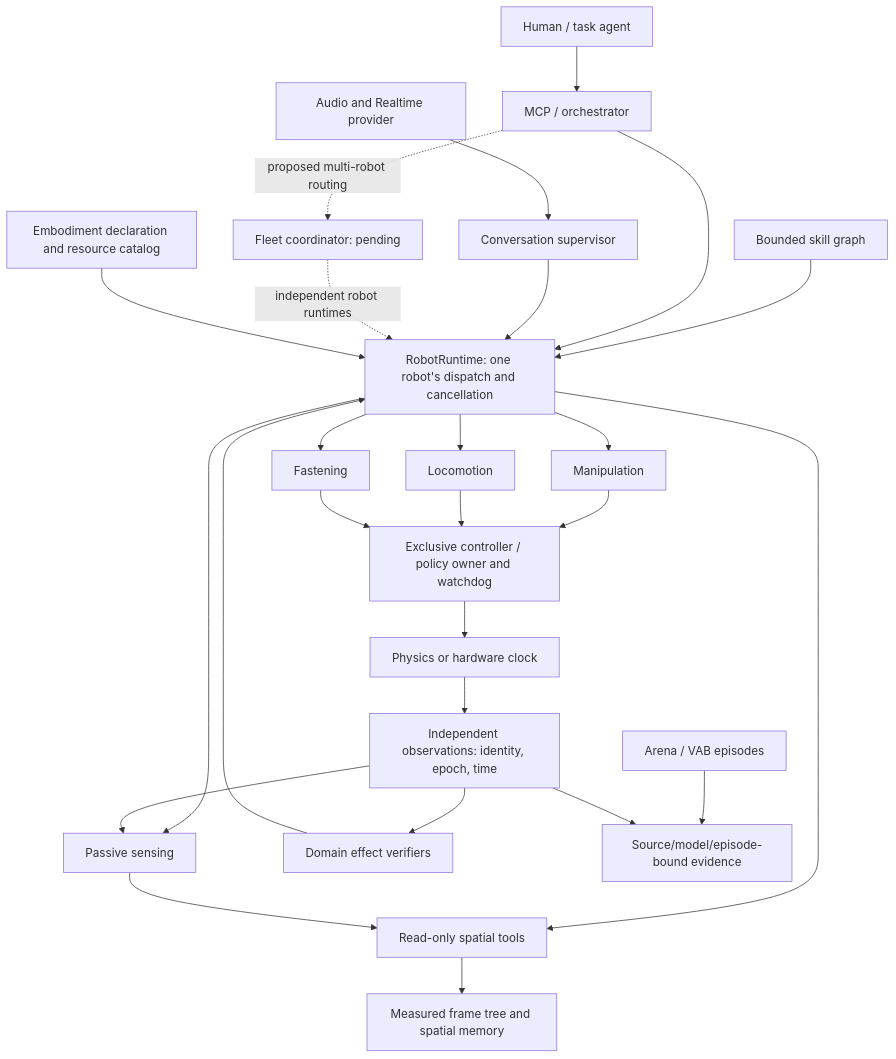
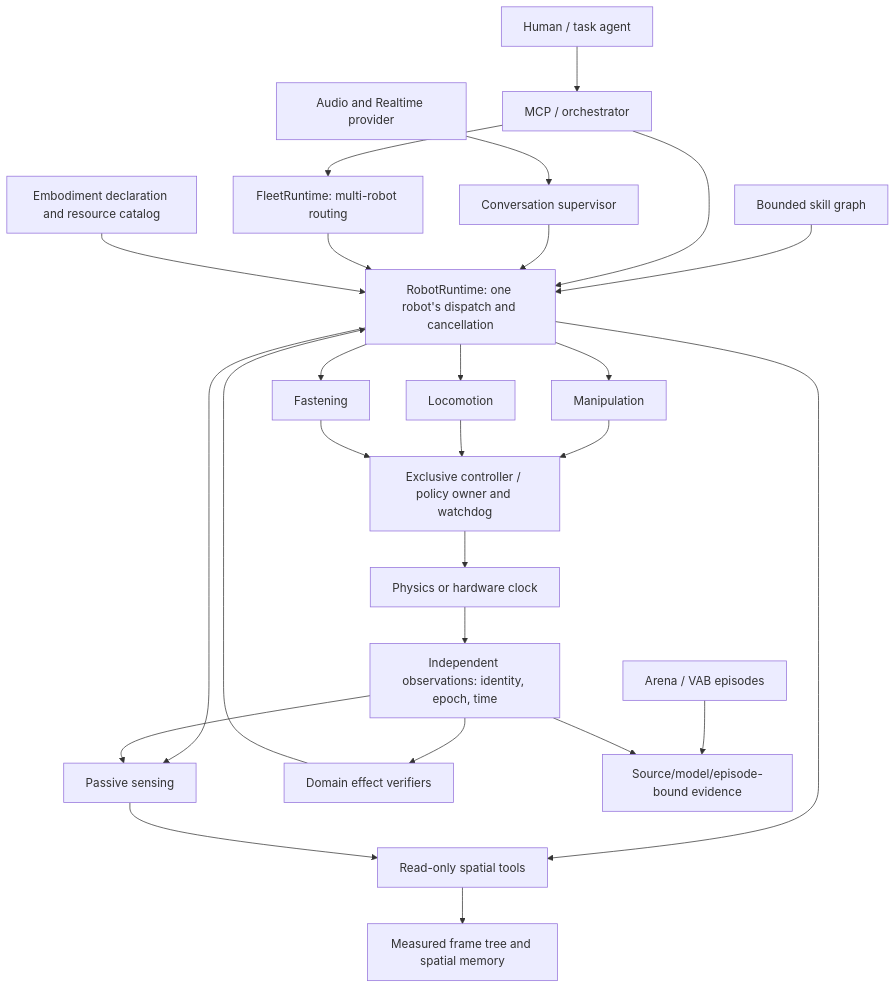
The diagram in docs/ROBOT_MODULARITY.md (johnnynunez/cascade), drawn with Mermaid before and after one commit. The commit also changed other lines of this file and 6 other files, not shown here.

Commit message:
docs: keep robot architecture independent of local builds

````diff
--- a/docs/ROBOT_MODULARITY.md
+++ b/docs/ROBOT_MODULARITY.md
@@ -23,28 +29,28 @@
 ```mermaid
 flowchart TD
   Intent[Human / task agent] --> MCP[MCP / orchestrator]
   Voice[Audio and Realtime provider] --> Conversation[Conversation supervisor]
   Graph[Bounded skill graph] --> Runtime
   MCP --> Runtime[RobotRuntime: one robot's dispatch and cancellation]
   Conversation --> Runtime
-  MCP -. proposed multi-robot routing .-> Fleet[Fleet coordinator: pending]
-  Fleet -. independent robot runtimes .-> Runtime
+  MCP --> Fleet[FleetRuntime: multi-robot routing]
+  Fleet --> Runtime
   Structure[Embodiment declaration and resource catalog] --> Runtime
   Runtime --> Arm[Manipulation]
   Runtime --> Base[Locomotion]
   Runtime --> Fastening[Fastening]
   Runtime --> Sensors[Passive sensing]
   Runtime --> Spatial[Read-only spatial tools]
   Arm --> Control[Exclusive controller / policy owner and watchdog]
   Base --> Control
   Fastening --> Control
   Control --> Physics[Physics or hardware clock]
   Physics --> Evidence[Independent observations: identity, epoch, time]
   Evidence --> Sensors
   Sensors --> Spatial
   Spatial --> Frames[Measured frame tree and spatial memory]
   Evidence --> Verify[Domain effect verifiers]
   Verify --> Runtime
   Arena[Arena / VAB episodes] --> Gate[Source/model/episode-bound evidence]
   Evidence --> Gate
 ```
````
